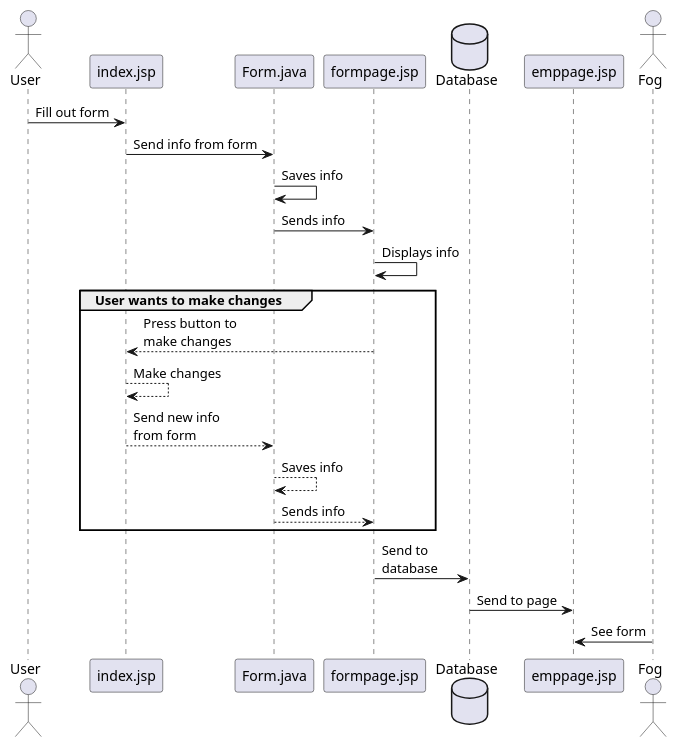
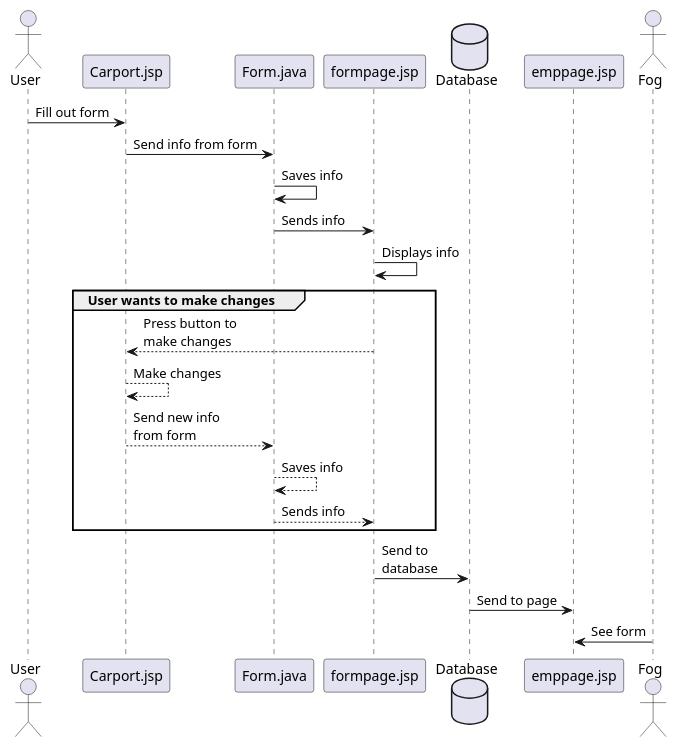
The first of 2 diagrams in SekvensDiagram.puml (mp525/CarportProject), drawn with PlantUML before and after one commit. The commit also changed other lines of this file and 1 other file, not shown here.

```diff
--- a/SekvensDiagram.puml
+++ b/SekvensDiagram.puml
@@ -1,22 +1,22 @@
 @startuml
 actor User
-User -> index.jsp: Fill out form
-index.jsp -> Form.java: Send info from form
+User -> Carport.jsp: Fill out form
+Carport.jsp -> Form.java: Send info from form
 Form.java -> Form.java: Saves info
 Form.java -> formpage.jsp: Sends info
 formpage.jsp -> formpage.jsp: Displays info
 
 group User wants to make changes
-formpage.jsp --> index.jsp: Press button to\nmake changes
-index.jsp --> index.jsp: Make changes
-index.jsp --> Form.java: Send new info\nfrom form
+formpage.jsp --> Carport.jsp: Press button to\nmake changes
+Carport.jsp --> Carport.jsp: Make changes
+Carport.jsp --> Form.java: Send new info\nfrom form
 Form.java --> Form.java: Saves info
 Form.java --> formpage.jsp: Sends info
 end
 
 database Database
 formpage.jsp -> Database: Send to\ndatabase
 Database -> emppage.jsp: Send to page
 actor Fog
 Fog -> emppage.jsp: See form
 @enduml
```
